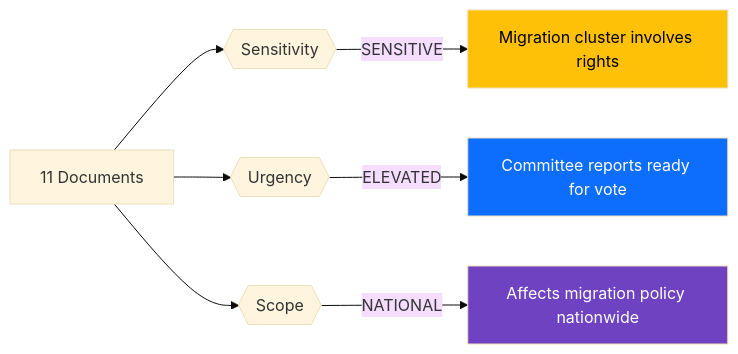
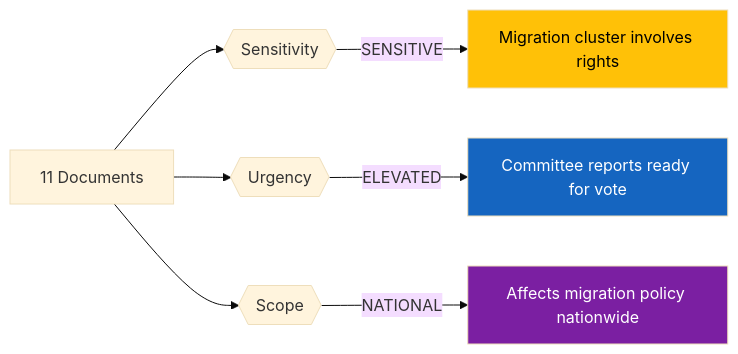
One commit to Hack23/riksdagsmonitor changed the diagram in analysis/daily/2026-04-10/realtime-1424/classification-results.md. Above: the diagram before and after it, drawn with Mermaid (base theme). The commit also changed 785 other files, not shown here.

First line of the commit message:
Normalize mermaid colors across 786 analysis artifacts to ISMS Style Guide palette

````diff
--- a/analysis/daily/2026-04-10/realtime-1424/classification-results.md
+++ b/analysis/daily/2026-04-10/realtime-1424/classification-results.md
@@ -21,12 +21,12 @@
 ```mermaid
 graph LR
     DOC["11 Documents"] --> SENS{{Sensitivity}}
     SENS -->|"SENSITIVE"| SEN["Migration cluster involves rights"]
     DOC --> URG{{Urgency}}
     URG -->|"ELEVATED"| ELEV["Committee reports ready for vote"]
     DOC --> SCOPE{{Scope}}
     SCOPE -->|"NATIONAL"| NAT["Affects migration policy nationwide"]
-    style SEN fill:#ffc107,color:#000
-    style ELEV fill:#0d6efd,color:#fff
-    style NAT fill:#6f42c1,color:#fff
+    style SEN fill:#FFC107,color:#000000
+    style ELEV fill:#1565C0,color:#FFFFFF
+    style NAT fill:#7B1FA2,color:#FFFFFF
 ```
````
